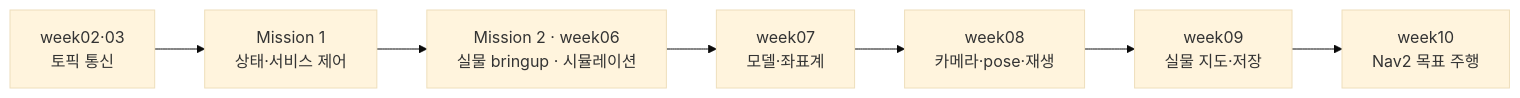
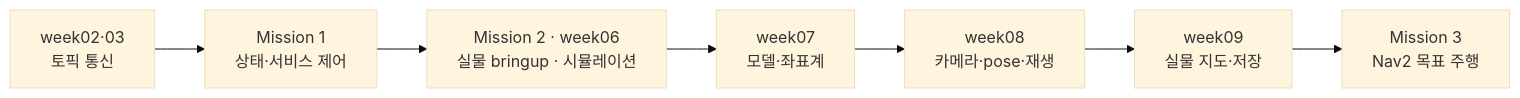
The diagram in README.md (ktw25079/Intelligent_Robot_Practice), drawn with Mermaid (base theme) before and after one commit. The commit also changed other lines of this file, not shown here.

````diff
--- a/README.md
+++ b/README.md
@@ -31,9 +60,9 @@
 ```mermaid
 flowchart LR
     A[week02·03<br/>토픽 통신] --> B[Mission 1<br/>상태·서비스 제어]
     B --> C[Mission 2 · week06<br/>실물 bringup · 시뮬레이션]
     C --> D[week07<br/>모델·좌표계]
     D --> E[week08<br/>카메라·pose·재생]
     E --> F[week09<br/>실물 지도·저장]
-    F --> G[week10<br/>Nav2 목표 주행]
+    F --> G[Mission 3<br/>Nav2 목표 주행]
 ```
````
